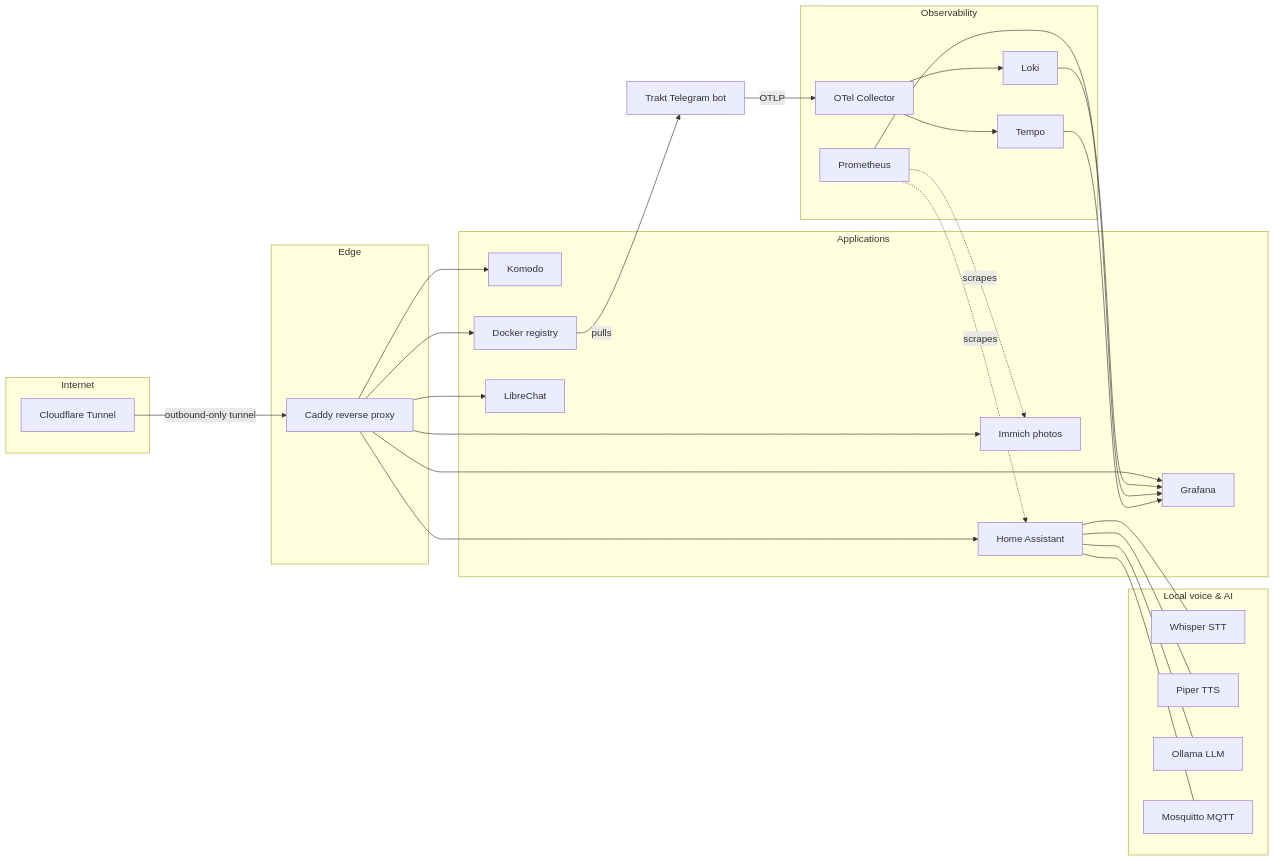
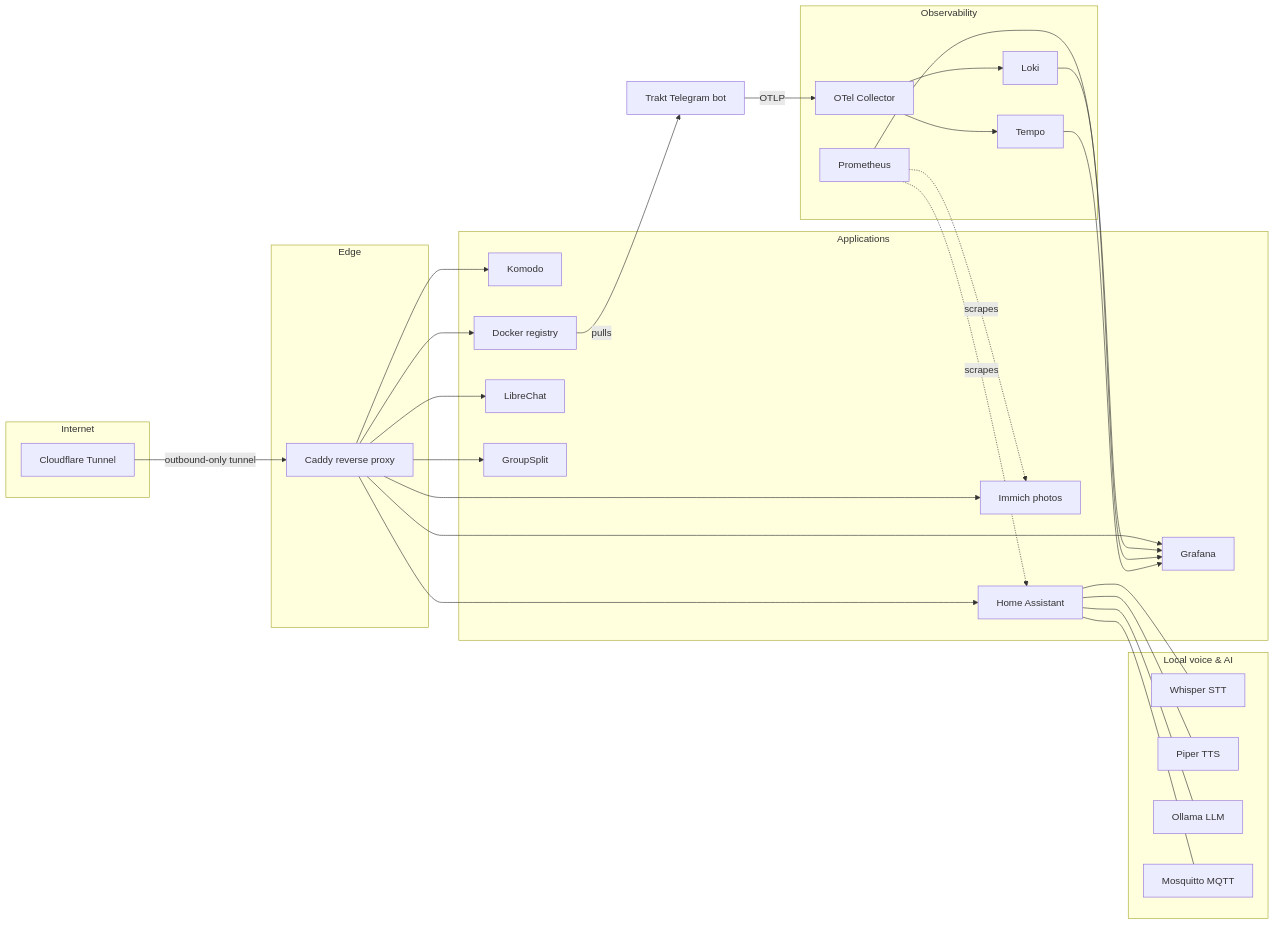
One commit to lorainemg/homelab changed the diagram in README.md. Above: the diagram before and after it, drawn with Mermaid. The commit also changed other lines of this file and 2 other files, not shown here.

First line of the commit message:
publish group-split at groupsplit.sussman.win

````diff
--- a/README.md
+++ b/README.md
@@ -21,57 +21,59 @@
 ```mermaid
 flowchart LR
     subgraph internet[Internet]
         CF[Cloudflare Tunnel]
     end
 
     subgraph edge[Edge]
         CADDY[Caddy reverse proxy]
     end
 
     CF -->|outbound-only tunnel| CADDY
 
     subgraph apps[Applications]
         IMMICH[Immich photos]
         HA[Home Assistant]
         GRAFANA[Grafana]
         KOMODO[Komodo]
         REGISTRY[Docker registry]
         LIBRECHAT[LibreChat]
+        GROUPSPLIT[GroupSplit]
     end
 
     CADDY --> IMMICH
     CADDY --> HA
     CADDY --> GRAFANA
     CADDY --> KOMODO
     CADDY --> REGISTRY
     CADDY --> LIBRECHAT
+    CADDY --> GROUPSPLIT
 
     subgraph voice[Local voice & AI]
         WHISPER[Whisper STT]
         PIPER[Piper TTS]
         OLLAMA[Ollama LLM]
         MQTT[Mosquitto MQTT]
     end
 
     HA --- WHISPER
     HA --- PIPER
     HA --- OLLAMA
     HA --- MQTT
 
     subgraph obs[Observability]
         PROM[Prometheus]
         LOKI[Loki]
         TEMPO[Tempo]
         OTEL[OTel Collector]
     end
 
     BOT[Trakt Telegram bot] -->|OTLP| OTEL
     OTEL --> TEMPO
     OTEL --> LOKI
     PROM --> GRAFANA
     LOKI --> GRAFANA
     TEMPO --> GRAFANA
     PROM -.scrapes.-> HA
     PROM -.scrapes.-> IMMICH
     REGISTRY -->|pulls| BOT
 ```
````
